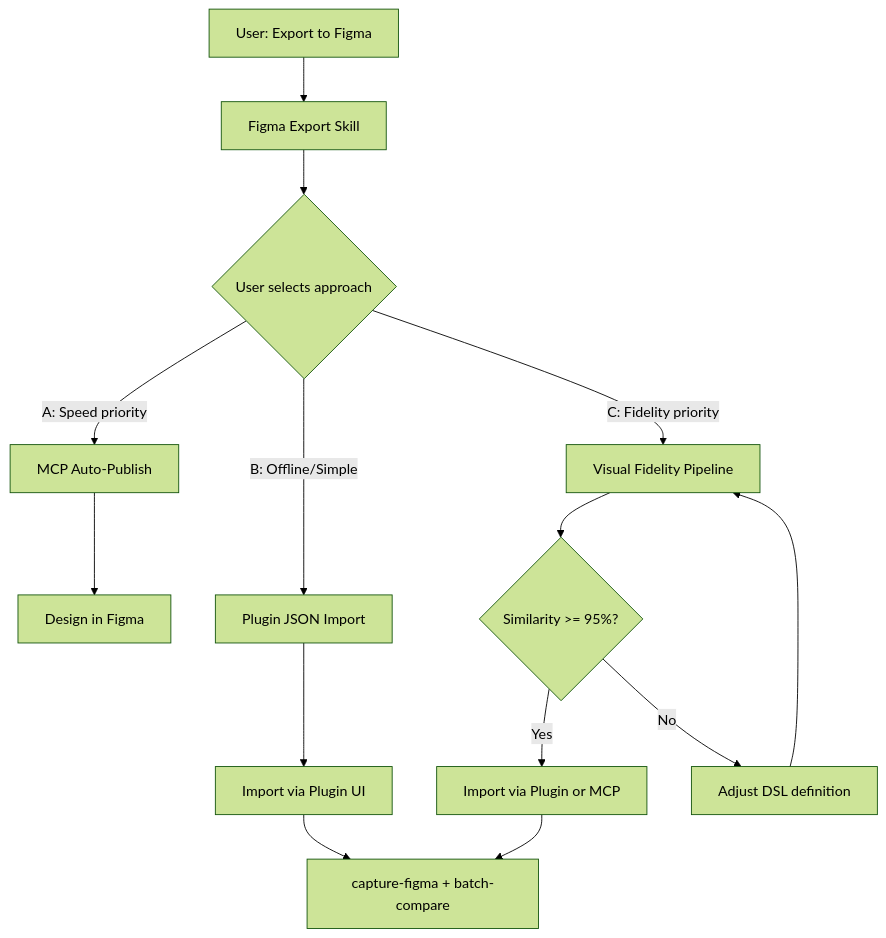
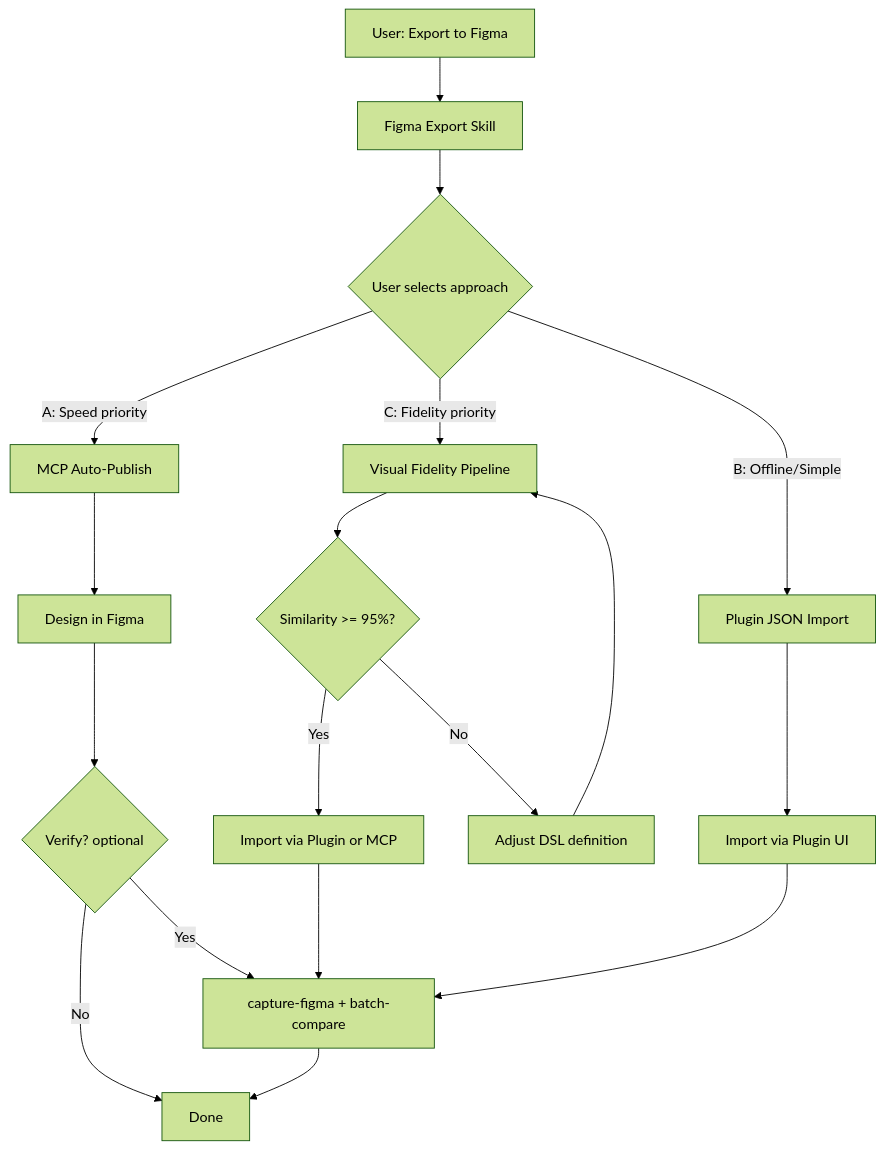
The fourth of 7 diagrams in .kiro/specs/claude-desktop-interactive-workflow/design.md (TETRA2000/figma-component-dsl), drawn with Mermaid (forest theme) before and after one commit. The commit also changed other lines of this file and 2 other files, not shown here.

````diff
--- a/.kiro/specs/claude-desktop-interactive-workflow/design.md
+++ b/.kiro/specs/claude-desktop-interactive-workflow/design.md
@@ -189,23 +193,27 @@
 ```mermaid
 flowchart TB
     User[User: Export to Figma]
     Skill[Figma Export Skill]
     Choice{User selects approach}
 
     User --> Skill
     Skill --> Choice
 
     Choice -->|A: Speed priority| MCP[MCP Auto-Publish]
     Choice -->|B: Offline/Simple| Plugin[Plugin JSON Import]
     Choice -->|C: Fidelity priority| Pipeline[Visual Fidelity Pipeline]
 
     MCP --> MCPDone[Design in Figma]
     Plugin --> PluginDone[Import via Plugin UI]
     Pipeline --> Verify{Similarity >= 95%?}
     Verify -->|Yes| PipelineImport[Import via Plugin or MCP]
     Verify -->|No| Fix[Adjust DSL definition]
     Fix --> Pipeline
 
-    PipelineImport --> PostVerify[capture-figma + batch-compare]
+    MCPDone --> PostVerifyMCP{Verify? optional}
+    PostVerifyMCP -->|Yes| PostVerify[capture-figma + batch-compare]
+    PostVerifyMCP -->|No| Done[Done]
+    PipelineImport --> PostVerify
     PluginDone --> PostVerify
+    PostVerify --> Done
 ```
````
